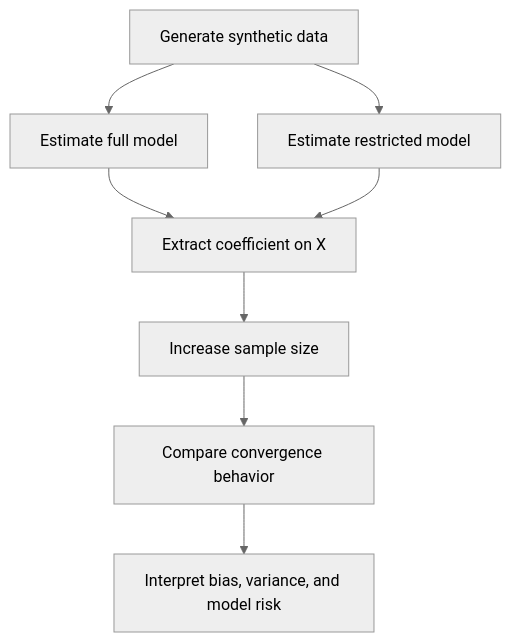
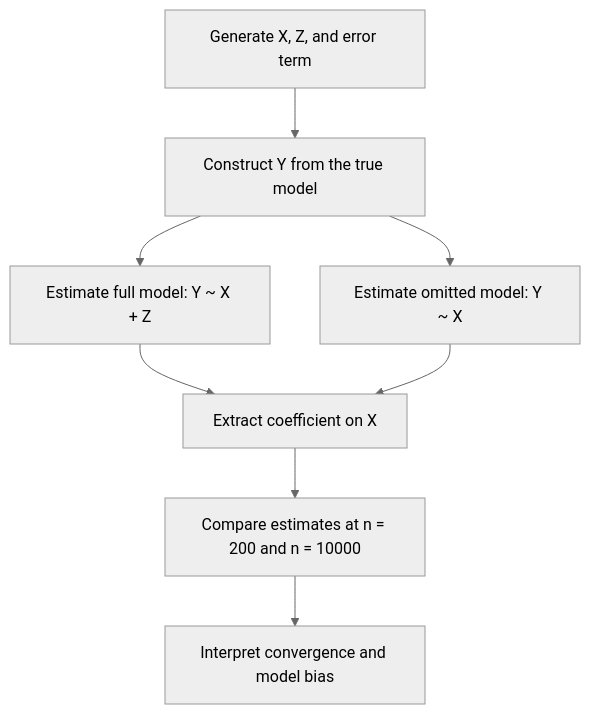
Before and after one commit to Dossiya-SE/dossiyadakou-mac-project: the second of 2 diagrams in problems/problem-1d-omitted-variable-bias/README.md, drawn with Mermaid (neutral theme). The commit also changed other lines of this file, not shown here.

````diff
--- a/problems/problem-1d-omitted-variable-bias/README.md
+++ b/problems/problem-1d-omitted-variable-bias/README.md
@@ -272,10 +304,10 @@
 ```mermaid
 flowchart TD
-    A[Generate synthetic data] --> B[Estimate full model]
-    A --> C[Estimate restricted model]
-    B --> D[Extract coefficient on X]
-    C --> D
-    D --> E[Increase sample size]
-    E --> F[Compare convergence behavior]
-    F --> G[Interpret bias, variance, and model risk]
+    A[Generate X, Z, and error term] --> B[Construct Y from the true model]
+    B --> C[Estimate full model: Y ~ X + Z]
+    B --> D[Estimate omitted model: Y ~ X]
+    C --> E[Extract coefficient on X]
+    D --> E
+    E --> F[Compare estimates at n = 200 and n = 10000]
+    F --> G[Interpret convergence and model bias]
 ```
````
